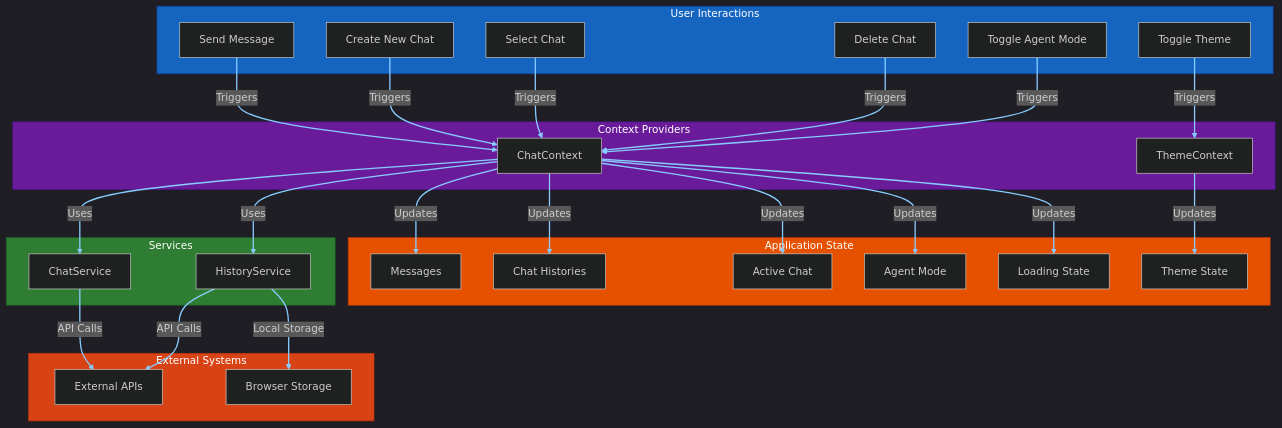
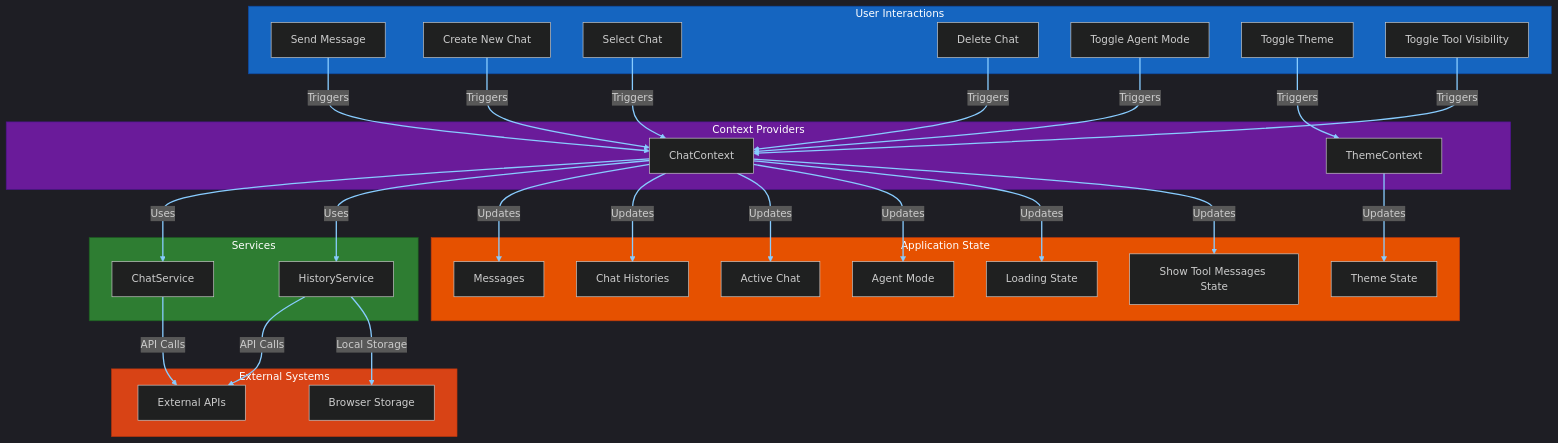
The diagram in docs/architecture/state-data-flow.md (ChrisMcKee1/ChatUI), drawn with Mermaid before and after one commit. The commit also changed other lines of this file and 23 other files, not shown here.

````diff
--- a/docs/architecture/state-data-flow.md
+++ b/docs/architecture/state-data-flow.md
@@ -5,65 +5,69 @@
 ```mermaid
 %%{init: {'theme':'dark'}}%%
 flowchart TD
     subgraph User_Interactions["User Interactions"]
         SendMsg[Send Message]
         CreateChat[Create New Chat]
         SelectChat[Select Chat]
         DeleteChat[Delete Chat]
         ToggleAgent[Toggle Agent Mode]
         ToggleTheme[Toggle Theme]
+        ToggleToolVisibility[Toggle Tool Visibility]
     end
     
     subgraph Context["Context Providers"]
         ChatCtx[ChatContext]
         ThemeCtx[ThemeContext]
     end
     
     subgraph Services["Services"]
         ChatSvc[ChatService]
         HistorySvc[HistoryService]
     end
     
     subgraph State["Application State"]
         Messages[Messages]
         Histories[Chat Histories]
         ActiveChat[Active Chat]
         AgentMode[Agent Mode]
         Loading[Loading State]
         Theme[Theme State]
+        ShowToolMsgs[Show Tool Messages State]
     end
     
     subgraph External["External Systems"]
         APIs[External APIs]
         Storage[Browser Storage]
     end
     
     SendMsg -->|Triggers| ChatCtx
     CreateChat -->|Triggers| ChatCtx
     SelectChat -->|Triggers| ChatCtx
     DeleteChat -->|Triggers| ChatCtx
     ToggleAgent -->|Triggers| ChatCtx
     ToggleTheme -->|Triggers| ThemeCtx
+    ToggleToolVisibility -->|Triggers| ChatCtx
     
     ChatCtx -->|Uses| ChatSvc
     ChatCtx -->|Uses| HistorySvc
     
     ChatSvc -->|API Calls| APIs
     HistorySvc -->|API Calls| APIs
     HistorySvc -->|Local Storage| Storage
     
     ChatCtx -->|Updates| Messages
     ChatCtx -->|Updates| Histories
     ChatCtx -->|Updates| ActiveChat
     ChatCtx -->|Updates| AgentMode
     ChatCtx -->|Updates| Loading
+    ChatCtx -->|Updates| ShowToolMsgs
     ThemeCtx -->|Updates| Theme
     
     style User_Interactions fill:#1565c0,stroke:#0d47a1,color:#ffffff
     style Context fill:#6a1b9a,stroke:#4a148c,color:#ffffff
     style Services fill:#2e7d32,stroke:#1b5e20,color:#ffffff
     style State fill:#e65100,stroke:#bf360c,color:#ffffff
     style External fill:#d84315,stroke:#bf360c,color:#ffffff
     
     linkStyle default stroke:#88ccff,stroke-width:2px
 ``` 
````
